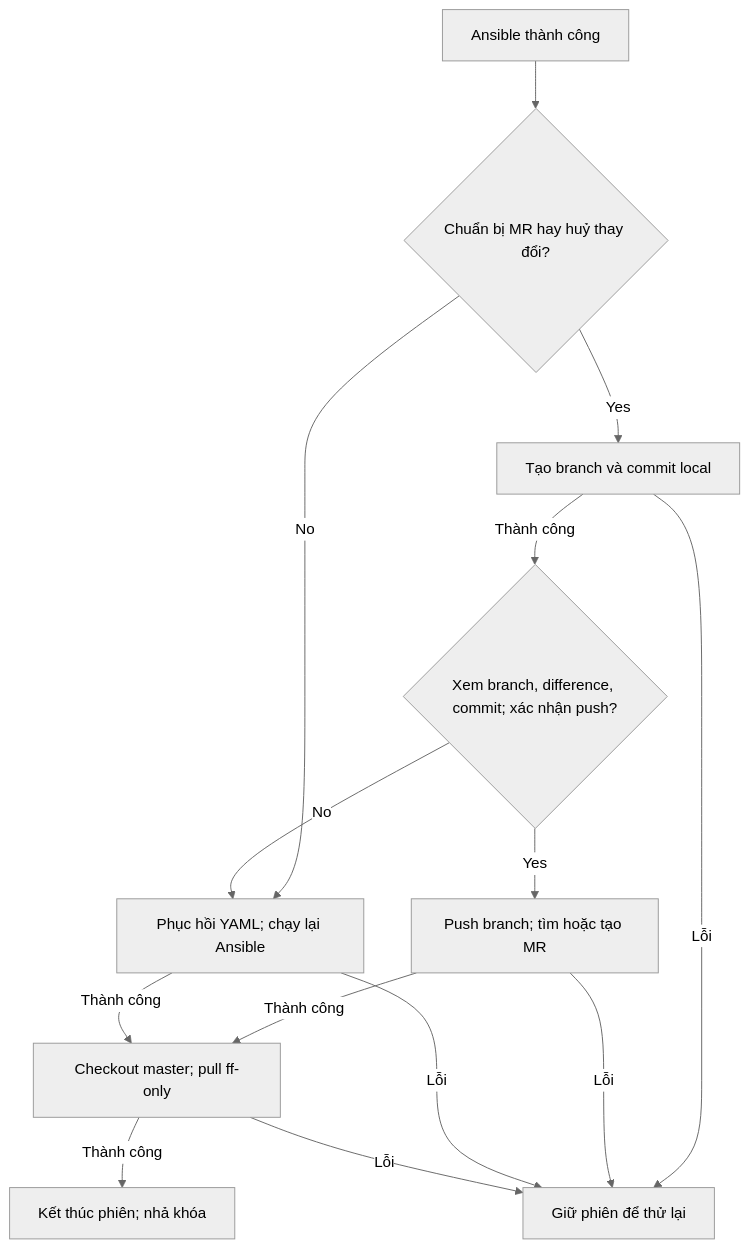
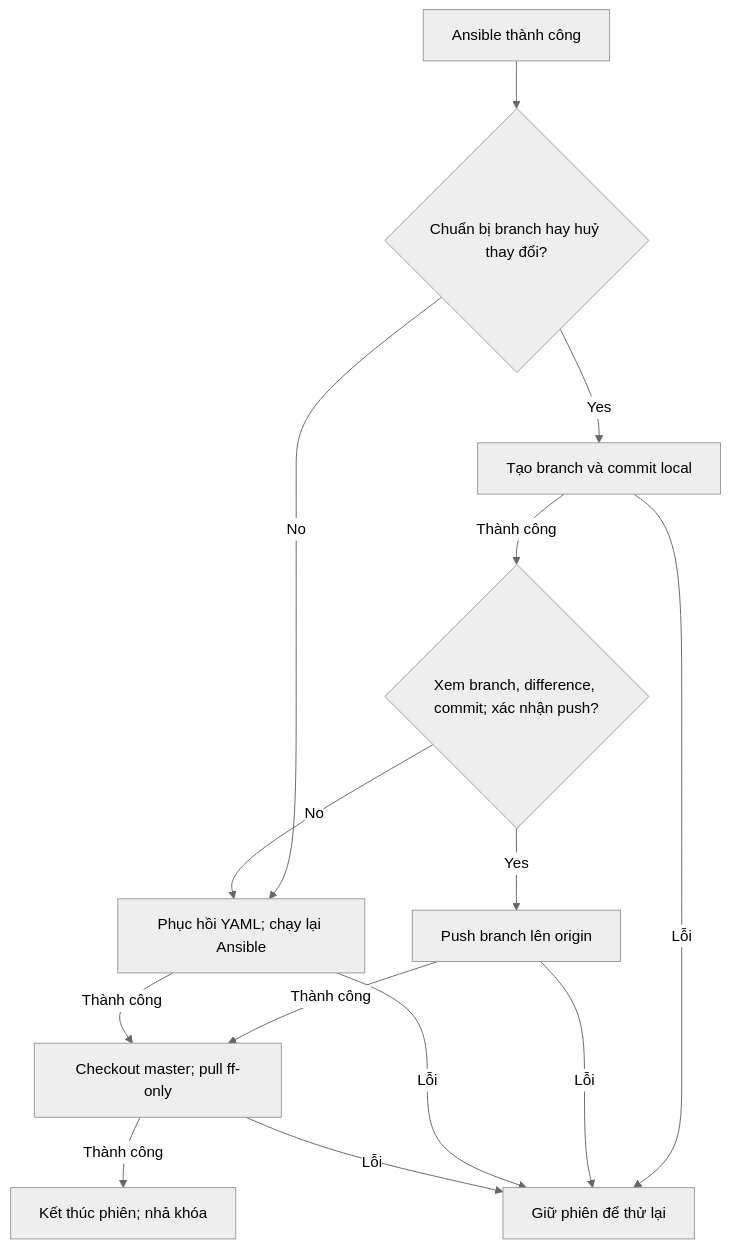
Before and after one commit to tuanphi/infra-bot: the diagram in GITLAB-REPO-ROLE-FLOW.md, drawn with Mermaid (neutral theme). The commit also changed other lines of this file and 4 other files, not shown here.

Commit message:
Change: push merge request => push branch to repo

````diff
--- a/GITLAB-REPO-ROLE-FLOW.md
+++ b/GITLAB-REPO-ROLE-FLOW.md
@@ -14,16 +15,16 @@
 ```mermaid
 flowchart TD
-    A["Ansible thành công"] --> B{"Chuẩn bị MR hay huỷ thay đổi?"}
+    A["Ansible thành công"] --> B{"Chuẩn bị branch hay huỷ thay đổi?"}
     B -->|Yes| D["Tạo branch và commit local"]
     D -->|Thành công| E{"Xem branch, difference, commit; xác nhận push?"}
     B -->|No| C["Phục hồi YAML; chạy lại Ansible"]
     E -->|No| C
-    E -->|Yes| F["Push branch; tìm hoặc tạo MR"]
+    E -->|Yes| F["Push branch lên origin"]
     F -->|Thành công| G["Checkout master; pull ff-only"]
     C -->|Thành công| G
     G -->|Thành công| H["Kết thúc phiên; nhả khóa"]
     D -->|Lỗi| I["Giữ phiên để thử lại"]
     F -->|Lỗi| I
     C -->|Lỗi| I
     G -->|Lỗi| I
 ```
````
